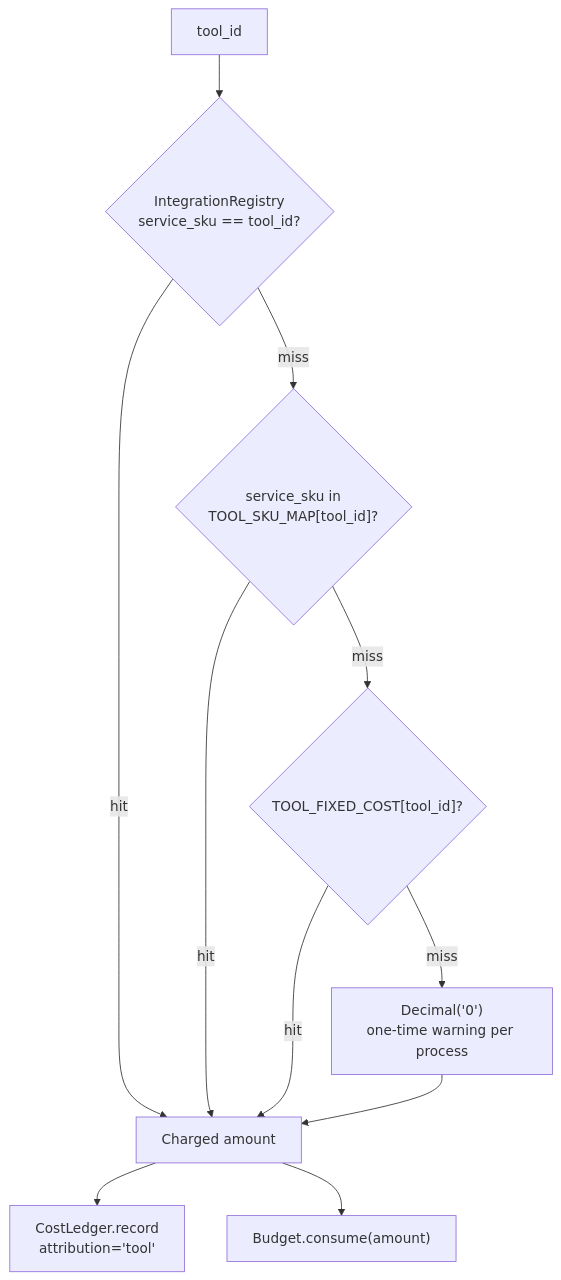
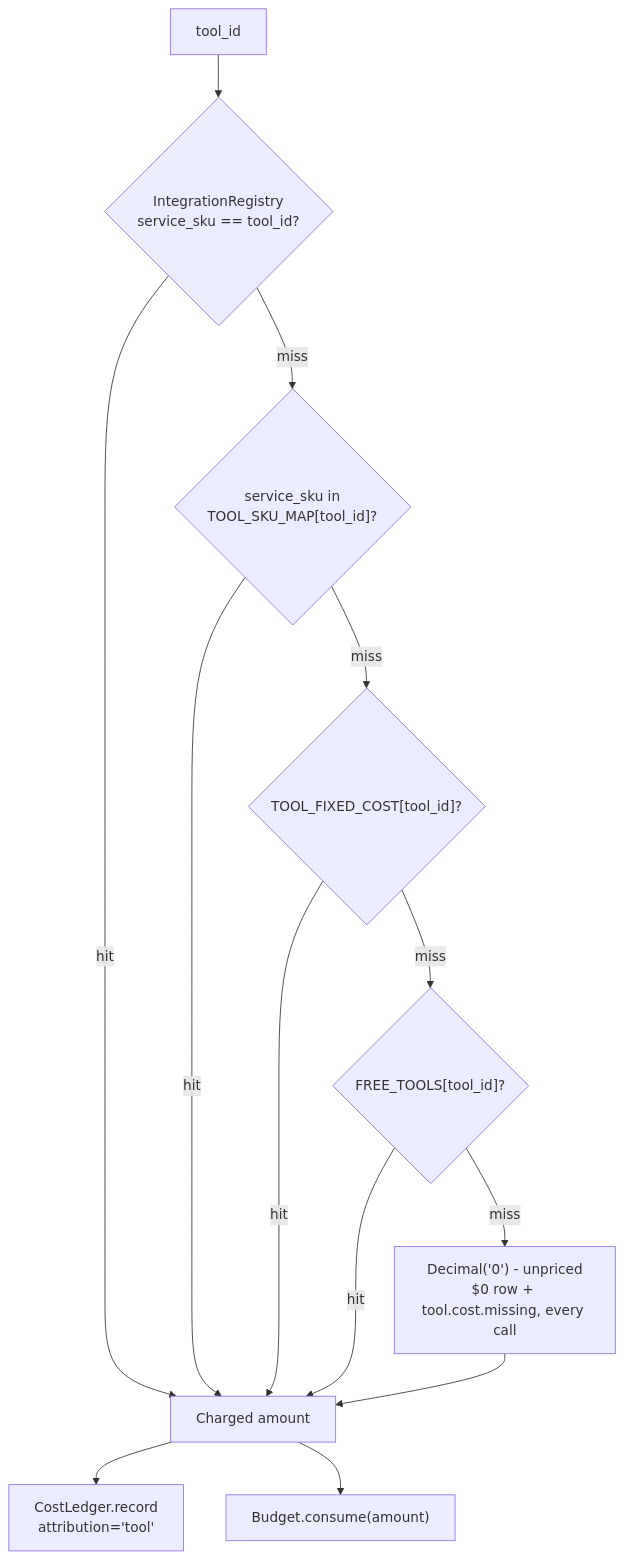
The tenth of 13 diagrams in docs/current/15-governance-and-hitl.md (gondolerahul/hire-buddha-app), drawn with Mermaid before and after one commit. The commit also changed other lines of this file and 9 other files, not shown here.

````diff
--- a/docs/current/15-governance-and-hitl.md
+++ b/docs/current/15-governance-and-hitl.md
@@ -775,13 +777,15 @@
 ```mermaid
 flowchart TD
     T["tool_id"] --> L1{"IntegrationRegistry<br/>service_sku == tool_id?"}
     L1 -->|hit| USE["Charged amount"]
     L1 -->|miss| L2{"service_sku in<br/>TOOL_SKU_MAP[tool_id]?"}
     L2 -->|hit| USE
     L2 -->|miss| L3{"TOOL_FIXED_COST[tool_id]?"}
     L3 -->|hit| USE
-    L3 -->|miss| Z["Decimal('0')<br/>one-time warning per process"]
+    L3 -->|miss| L4{"FREE_TOOLS[tool_id]?"}
+    L4 -->|hit| USE
+    L4 -->|miss| Z["Decimal('0') - unpriced<br/>$0 row + tool.cost.missing, every call"]
     Z --> USE
     USE --> LED["CostLedger.record<br/>attribution='tool'"]
     USE --> BUD["Budget.consume(amount)"]
 ```
````
